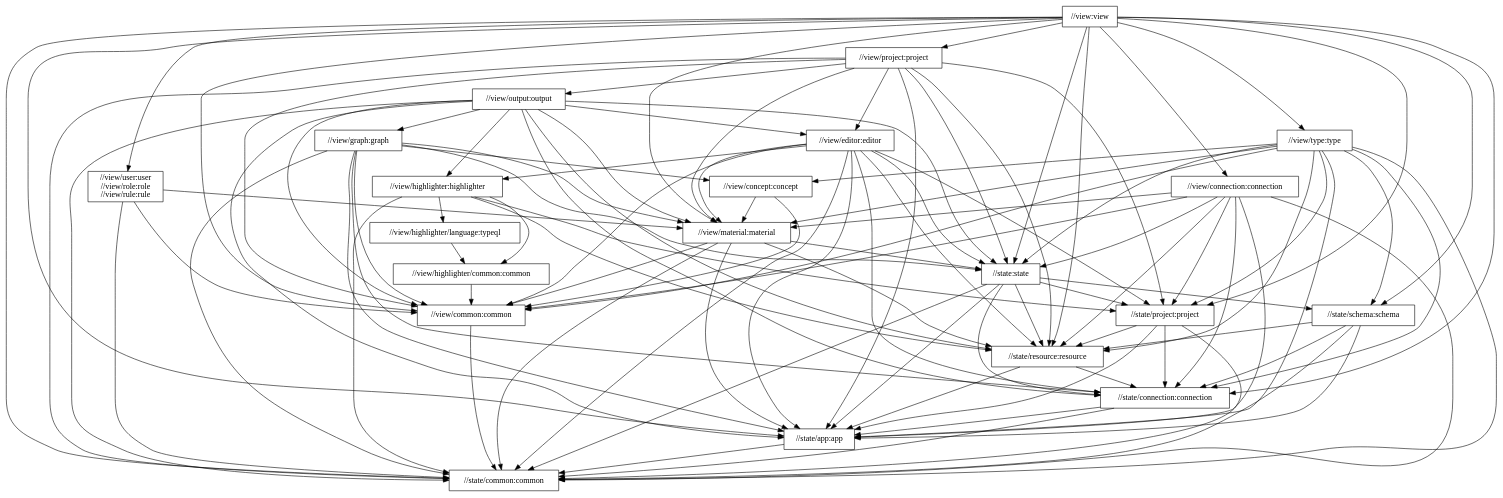
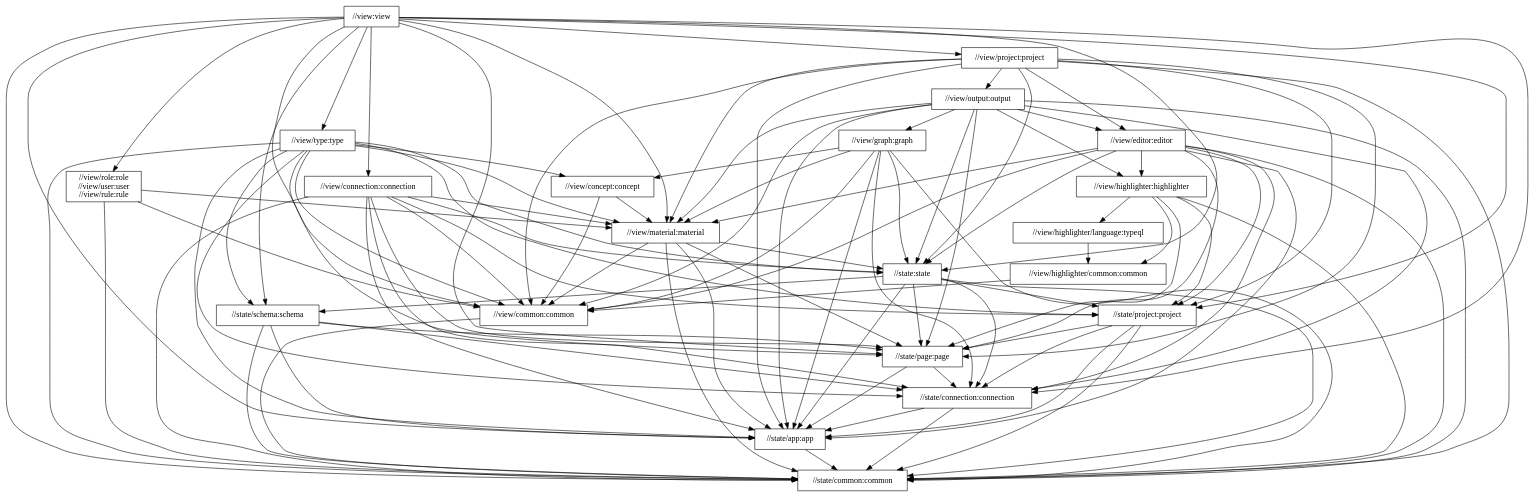
One commit to typedb/typedb-studio changed the diagram in docs/global-package-structure.dot. Above: the diagram before and after it, drawn with Graphviz. The commit also changed 33 other files, not shown here.

Commit message:
Renamed Resource to Pageable, ResourceManager to PageManager, and //state/resource to //state/page

```diff
--- a/docs/global-package-structure.dot
+++ b/docs/global-package-structure.dot
@@ -1,127 +1,127 @@
 digraph mygraph {
   node [shape=box];
   "//view:view"
-  "//view:view" -> "//view/user:user\n//view/role:role\n//view/rule:rule"
+  "//view:view" -> "//view/role:role\n//view/user:user\n//view/rule:rule"
   "//view:view" -> "//state:state"
   "//view:view" -> "//state/app:app"
   "//view:view" -> "//state/common:common"
   "//view:view" -> "//state/connection:connection"
+  "//view:view" -> "//state/page:page"
   "//view:view" -> "//state/project:project"
-  "//view:view" -> "//state/resource:resource"
   "//view:view" -> "//state/schema:schema"
   "//view:view" -> "//view/common:common"
   "//view:view" -> "//view/connection:connection"
   "//view:view" -> "//view/material:material"
   "//view:view" -> "//view/project:project"
   "//view:view" -> "//view/type:type"
-  "//view/user:user\n//view/role:role\n//view/rule:rule"
-  "//view/user:user\n//view/role:role\n//view/rule:rule" -> "//state/common:common"
-  "//view/user:user\n//view/role:role\n//view/rule:rule" -> "//view/common:common"
-  "//view/user:user\n//view/role:role\n//view/rule:rule" -> "//view/material:material"
-  "//view/connection:connection"
-  "//view/connection:connection" -> "//state:state"
-  "//view/connection:connection" -> "//state/app:app"
-  "//view/connection:connection" -> "//state/common:common"
-  "//view/connection:connection" -> "//state/connection:connection"
-  "//view/connection:connection" -> "//state/project:project"
-  "//view/connection:connection" -> "//state/resource:resource"
-  "//view/connection:connection" -> "//view/common:common"
-  "//view/connection:connection" -> "//view/material:material"
   "//view/type:type"
   "//view/type:type" -> "//state:state"
   "//view/type:type" -> "//state/app:app"
   "//view/type:type" -> "//state/common:common"
   "//view/type:type" -> "//state/connection:connection"
+  "//view/type:type" -> "//state/page:page"
   "//view/type:type" -> "//state/project:project"
-  "//view/type:type" -> "//state/resource:resource"
   "//view/type:type" -> "//state/schema:schema"
   "//view/type:type" -> "//view/common:common"
   "//view/type:type" -> "//view/concept:concept"
   "//view/type:type" -> "//view/material:material"
   "//view/project:project"
   "//view/project:project" -> "//state:state"
   "//view/project:project" -> "//state/app:app"
   "//view/project:project" -> "//state/common:common"
+  "//view/project:project" -> "//state/page:page"
   "//view/project:project" -> "//state/project:project"
-  "//view/project:project" -> "//state/resource:resource"
   "//view/project:project" -> "//view/common:common"
   "//view/project:project" -> "//view/editor:editor"
   "//view/project:project" -> "//view/material:material"
   "//view/project:project" -> "//view/output:output"
   "//view/output:output"
   "//view/output:output" -> "//state:state"
   "//view/output:output" -> "//state/app:app"
   "//view/output:output" -> "//state/common:common"
   "//view/output:output" -> "//state/connection:connection"
-  "//view/output:output" -> "//state/resource:resource"
+  "//view/output:output" -> "//state/page:page"
   "//view/output:output" -> "//view/common:common"
   "//view/output:output" -> "//view/editor:editor"
   "//view/output:output" -> "//view/graph:graph"
   "//view/output:output" -> "//view/highlighter:highlighter"
   "//view/output:output" -> "//view/material:material"
   "//view/graph:graph"
   "//view/graph:graph" -> "//state:state"
   "//view/graph:graph" -> "//state/app:app"
   "//view/graph:graph" -> "//state/common:common"
   "//view/graph:graph" -> "//state/connection:connection"
   "//view/graph:graph" -> "//view/common:common"
   "//view/graph:graph" -> "//view/concept:concept"
   "//view/graph:graph" -> "//view/material:material"
   "//view/concept:concept"
   "//view/concept:concept" -> "//view/common:common"
   "//view/concept:concept" -> "//view/material:material"
   "//view/editor:editor"
   "//view/editor:editor" -> "//state:state"
   "//view/editor:editor" -> "//state/app:app"
   "//view/editor:editor" -> "//state/common:common"
   "//view/editor:editor" -> "//state/connection:connection"
+  "//view/editor:editor" -> "//state/page:page"
   "//view/editor:editor" -> "//state/project:project"
-  "//view/editor:editor" -> "//state/resource:resource"
   "//view/editor:editor" -> "//view/common:common"
   "//view/editor:editor" -> "//view/highlighter:highlighter"
   "//view/editor:editor" -> "//view/material:material"
-  "//view/material:material"
-  "//view/material:material" -> "//state:state"
-  "//view/material:material" -> "//state/app:app"
-  "//view/material:material" -> "//state/common:common"
-  "//view/material:material" -> "//state/resource:resource"
-  "//view/material:material" -> "//view/common:common"
   "//view/highlighter:highlighter"
   "//view/highlighter:highlighter" -> "//state/common:common"
+  "//view/highlighter:highlighter" -> "//state/page:page"
   "//view/highlighter:highlighter" -> "//state/project:project"
-  "//view/highlighter:highlighter" -> "//state/resource:resource"
   "//view/highlighter:highlighter" -> "//view/highlighter/common:common"
   "//view/highlighter:highlighter" -> "//view/highlighter/language:typeql"
   "//view/highlighter/language:typeql"
   "//view/highlighter/language:typeql" -> "//view/highlighter/common:common"
   "//view/highlighter/common:common"
   "//view/highlighter/common:common" -> "//view/common:common"
+  "//view/connection:connection"
+  "//view/connection:connection" -> "//state:state"
+  "//view/connection:connection" -> "//state/app:app"
+  "//view/connection:connection" -> "//state/common:common"
+  "//view/connection:connection" -> "//state/connection:connection"
+  "//view/connection:connection" -> "//state/page:page"
+  "//view/connection:connection" -> "//state/project:project"
+  "//view/connection:connection" -> "//view/common:common"
+  "//view/connection:connection" -> "//view/material:material"
+  "//view/role:role\n//view/user:user\n//view/rule:rule"
+  "//view/role:role\n//view/user:user\n//view/rule:rule" -> "//state/common:common"
+  "//view/role:role\n//view/user:user\n//view/rule:rule" -> "//view/common:common"
+  "//view/role:role\n//view/user:user\n//view/rule:rule" -> "//view/material:material"
+  "//view/material:material"
+  "//view/material:material" -> "//state:state"
+  "//view/material:material" -> "//state/app:app"
+  "//view/material:material" -> "//state/common:common"
+  "//view/material:material" -> "//state/page:page"
+  "//view/material:material" -> "//view/common:common"
+  "//view/common:common"
+  "//view/common:common" -> "//state/common:common"
   "//state:state"
   "//state:state" -> "//state/app:app"
   "//state:state" -> "//state/common:common"
   "//state:state" -> "//state/connection:connection"
+  "//state:state" -> "//state/page:page"
   "//state:state" -> "//state/project:project"
-  "//state:state" -> "//state/resource:resource"
   "//state:state" -> "//state/schema:schema"
+  "//state/project:project"
+  "//state/project:project" -> "//state/app:app"
+  "//state/project:project" -> "//state/common:common"
+  "//state/project:project" -> "//state/connection:connection"
+  "//state/project:project" -> "//state/page:page"
   "//state/schema:schema"
   "//state/schema:schema" -> "//state/app:app"
   "//state/schema:schema" -> "//state/common:common"
   "//state/schema:schema" -> "//state/connection:connection"
-  "//state/schema:schema" -> "//state/resource:resource"
-  "//state/project:project"
-  "//state/project:project" -> "//state/app:app"
-  "//state/project:project" -> "//state/common:common"
-  "//state/project:project" -> "//state/connection:connection"
-  "//state/project:project" -> "//state/resource:resource"
-  "//state/resource:resource"
-  "//state/resource:resource" -> "//state/app:app"
-  "//state/resource:resource" -> "//state/connection:connection"
+  "//state/schema:schema" -> "//state/page:page"
+  "//state/page:page"
+  "//state/page:page" -> "//state/app:app"
+  "//state/page:page" -> "//state/connection:connection"
   "//state/connection:connection"
   "//state/connection:connection" -> "//state/app:app"
   "//state/connection:connection" -> "//state/common:common"
   "//state/app:app"
   "//state/app:app" -> "//state/common:common"
-  "//view/common:common"
-  "//view/common:common" -> "//state/common:common"
   "//state/common:common"
 }
```
